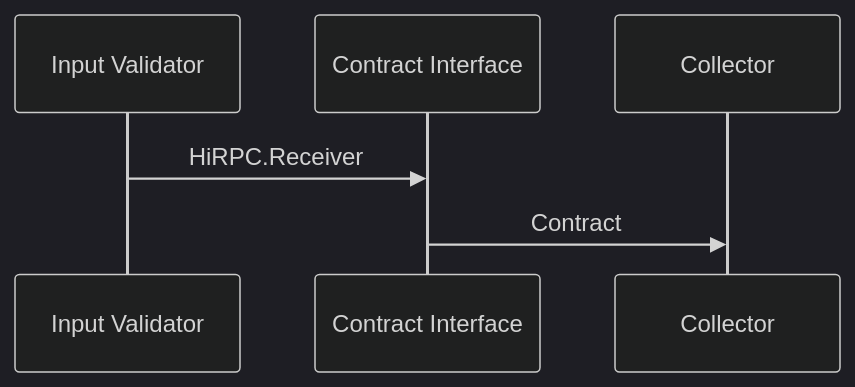
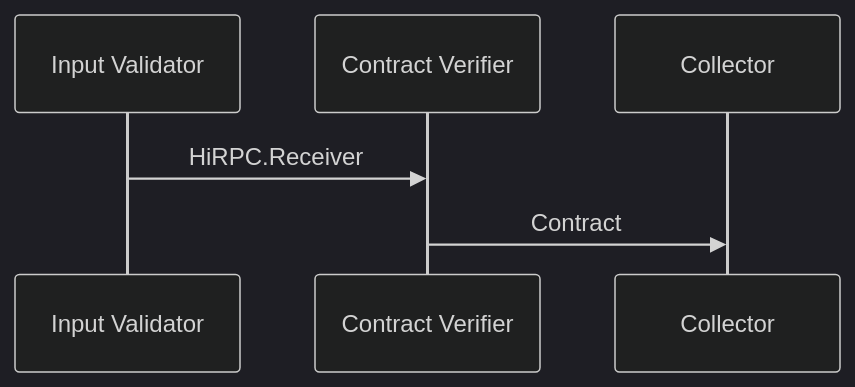
Before and after one commit to tagion/tagion: the diagram in documents/architecture/ContractVerifier.md, drawn with Mermaid (dark theme). The commit also changed other lines of this file and 4 other files, not shown here.

Commit message:
DOC: Architecture

````diff
--- a/documents/architecture/ContractVerifier.md
+++ b/documents/architecture/ContractVerifier.md
@@ -23,8 +22,8 @@
 ```mermaid
 sequenceDiagram
     participant Input Validator 
-    participant Contract Interface
+    participant Contract Verifier 
     participant Collector
-    Input Validator->>Contract Interface: HiRPC.Receiver
-    Contract Interface->>Collector: Contract
+    Input Validator->>Contract Verifier: HiRPC.Receiver
+    Contract Verifier->>Collector: Contract
 ```
````
